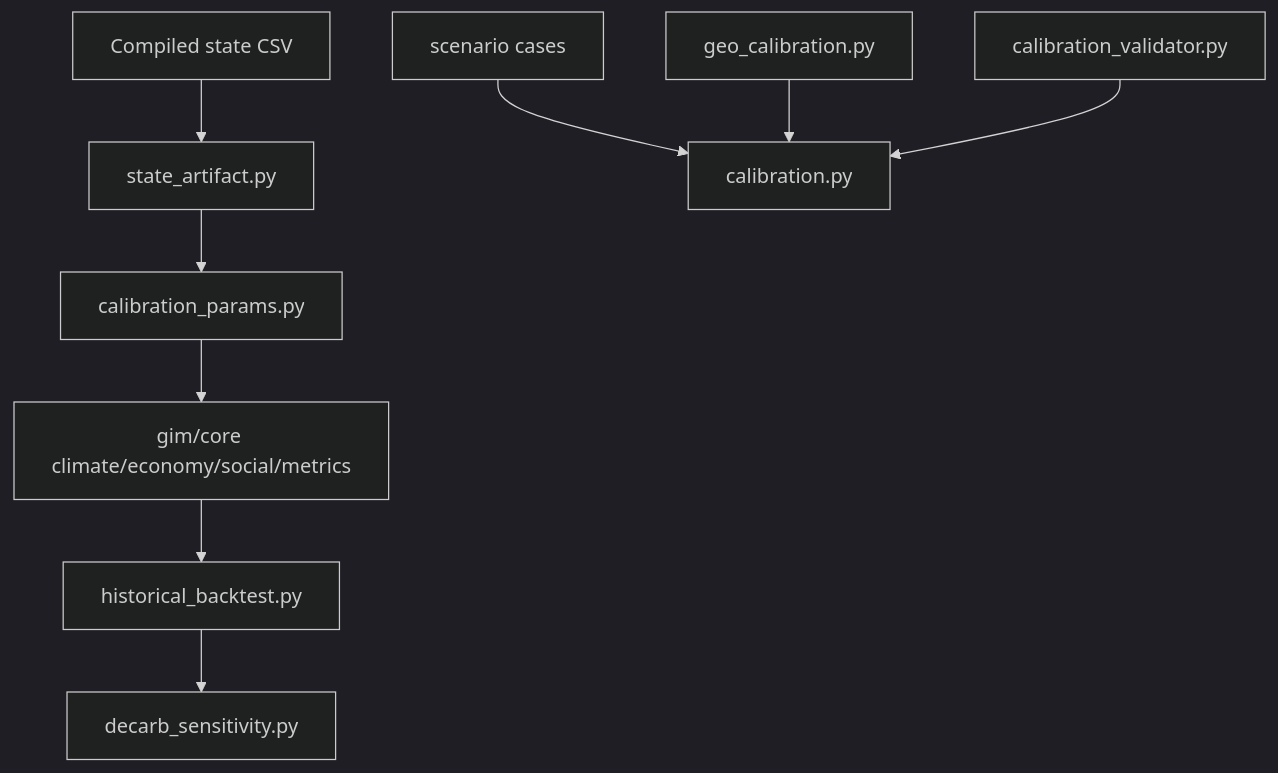
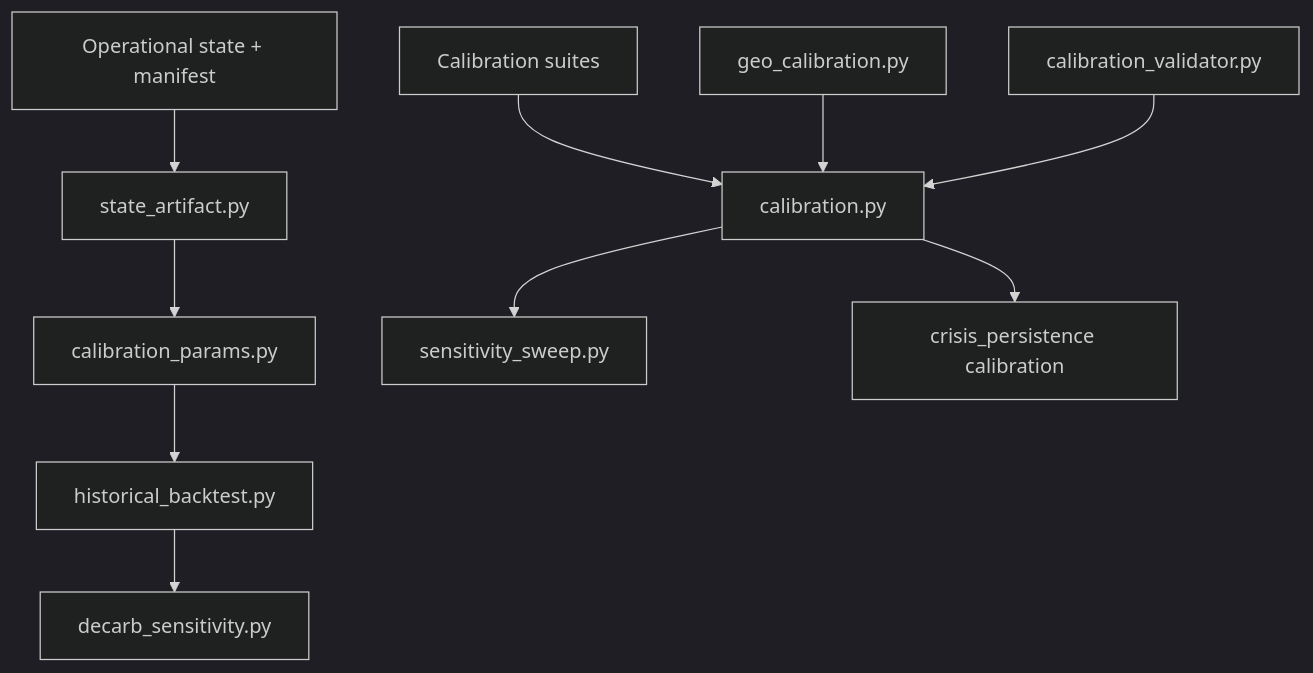
One commit to Theclimateguy/GIM changed the diagram in docs/CALIBRATION_LAYER.md. Above: the diagram before and after it, drawn with Mermaid (dark theme). The commit also changed other lines of this file and 8 other files, not shown here.

````diff
--- a/docs/CALIBRATION_LAYER.md
+++ b/docs/CALIBRATION_LAYER.md
@@ -55,12 +43,13 @@
 ```mermaid
 flowchart TD
-    A["Compiled state CSV"] --> B["state_artifact.py"]
+    A["Operational state + manifest"] --> B["state_artifact.py"]
     B --> C["calibration_params.py"]
-    C --> D["gim/core climate/economy/social/metrics"]
-    D --> E["historical_backtest.py"]
-    E --> F["decarb_sensitivity.py"]
+    C --> D["historical_backtest.py"]
+    D --> E["decarb_sensitivity.py"]
 
-    G["scenario cases"] --> H["calibration.py"]
-    I["geo_calibration.py"] --> H
-    J["calibration_validator.py"] --> H
+    F["Calibration suites"] --> G["calibration.py"]
+    H["geo_calibration.py"] --> G
+    I["calibration_validator.py"] --> G
+    G --> J["sensitivity_sweep.py"]
+    G --> K["crisis_persistence calibration"]
 ```
````
